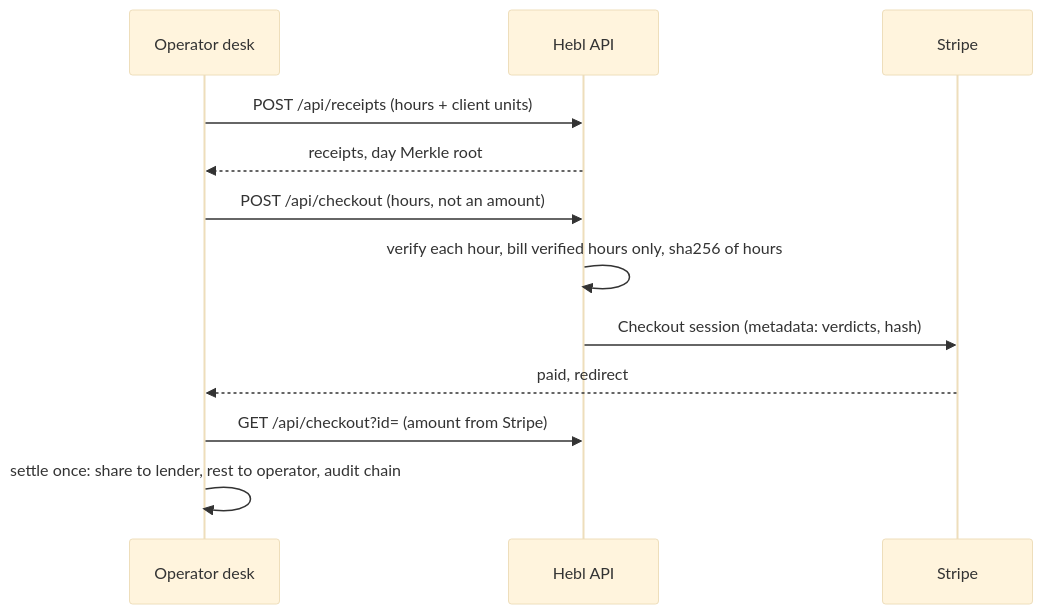
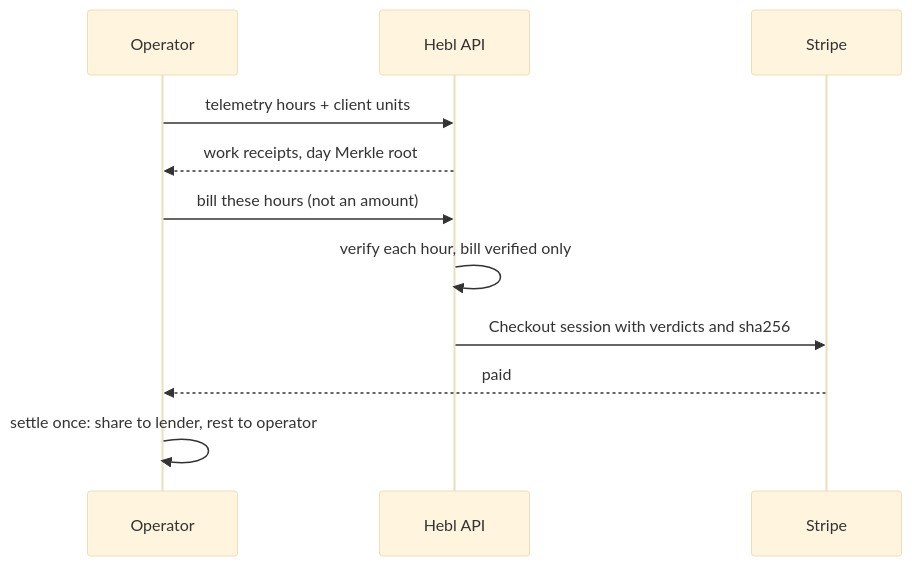
One commit to KarinaKKarinaK/c0mpile-YC changed the second of 2 diagrams in README.md. Above: the diagram before and after it, drawn with Mermaid (base theme). The commit also changed other lines of this file and 2 other files, not shown here.

````diff
--- a/README.md
+++ b/README.md
@@ -72,14 +112,13 @@
 ```mermaid
 sequenceDiagram
-  participant O as Operator desk
+  participant O as Operator
   participant H as Hebl API
   participant S as Stripe
-  O->>H: POST /api/receipts (hours + client units)
-  H-->>O: receipts, day Merkle root
-  O->>H: POST /api/checkout (hours, not an amount)
-  H->>H: verify each hour, bill verified hours only, sha256 of hours
-  H->>S: Checkout session (metadata: verdicts, hash)
-  S-->>O: paid, redirect
-  O->>H: GET /api/checkout?id= (amount from Stripe)
-  O->>O: settle once: share to lender, rest to operator, audit chain
+  O->>H: telemetry hours + client units
+  H-->>O: work receipts, day Merkle root
+  O->>H: bill these hours (not an amount)
+  H->>H: verify each hour, bill verified only
+  H->>S: Checkout session with verdicts and sha256
+  S-->>O: paid
+  O->>O: settle once: share to lender, rest to operator
 ```
````
